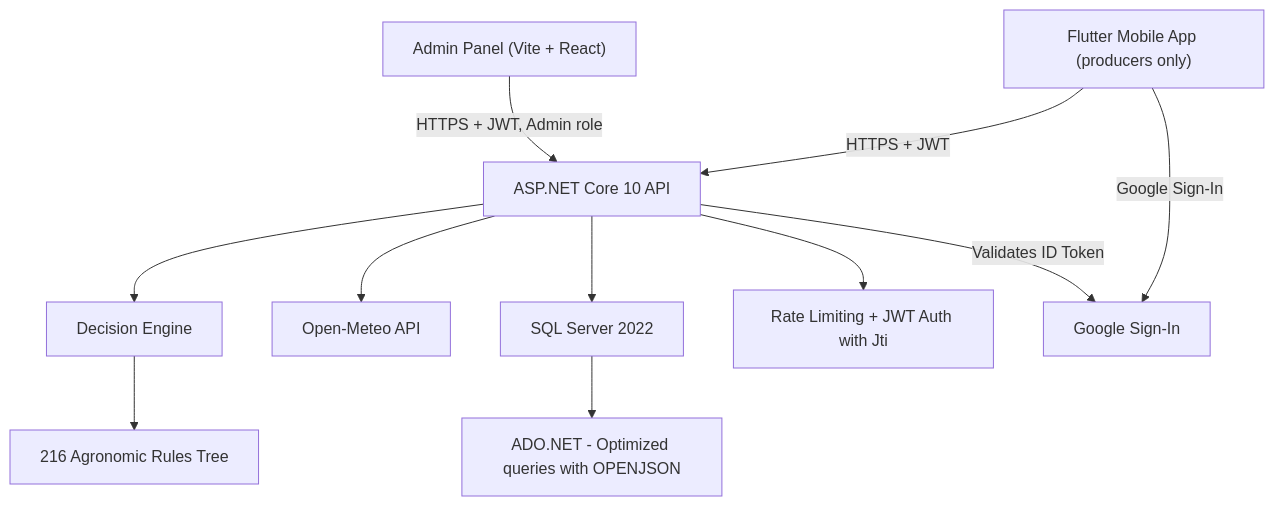
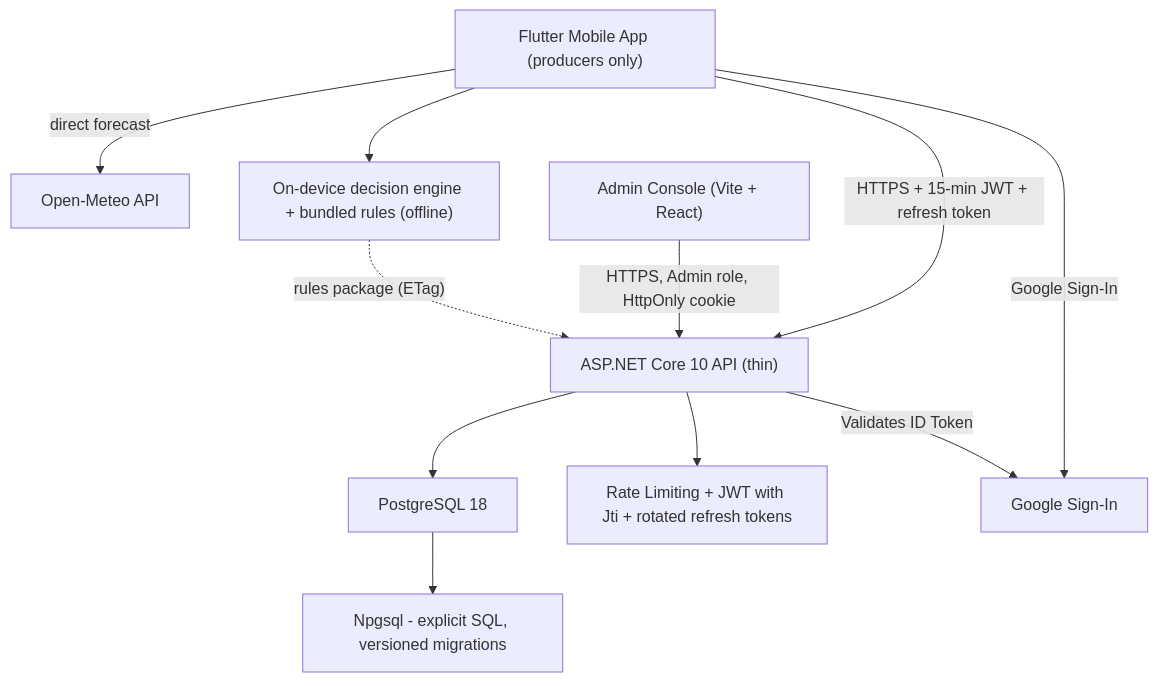
Before and after one commit to Abemilek/CosechaClima: the diagram in README.md, drawn with Mermaid. The commit also changed other lines of this file and 111 other files, not shown here.

Commit message:
feat: on-device offline engine, PostgreSQL migration, and refresh-token sessions

````diff
--- a/README.md
+++ b/README.md
@@ -61,13 +61,13 @@
 ```mermaid
 flowchart TD
-    A["Flutter Mobile App (producers only)"] -->|"HTTPS + JWT"| B["ASP.NET Core 10 API"]
-    P["Admin Panel (Vite + React)"] -->|"HTTPS + JWT, Admin role"| B
-    B --> C["Decision Engine"]
-    C --> D["216 Agronomic Rules Tree"]
-    B --> E["Open-Meteo API"]
-    B --> F["SQL Server 2022"]
-    F --> G["ADO.NET - Optimized queries with OPENJSON"]
-    B --> H["Rate Limiting + JWT Auth with Jti"]
+    A["Flutter Mobile App (producers only)"] -->|"direct forecast"| E["Open-Meteo API"]
+    A --> M["On-device decision engine + bundled rules (offline)"]
+    A -->|"HTTPS + 15-min JWT + refresh token"| B["ASP.NET Core 10 API (thin)"]
+    P["Admin Console (Vite + React)"] -->|"HTTPS, Admin role, HttpOnly cookie"| B
+    M -.->|"rules package (ETag)"| B
+    B --> F["PostgreSQL 18"]
+    F --> G["Npgsql - explicit SQL, versioned migrations"]
+    B --> H["Rate Limiting + JWT with Jti + rotated refresh tokens"]
     A -->|"Google Sign-In"| I["Google Sign-In"]
     B -->|"Validates ID Token"| I
 ```
````
